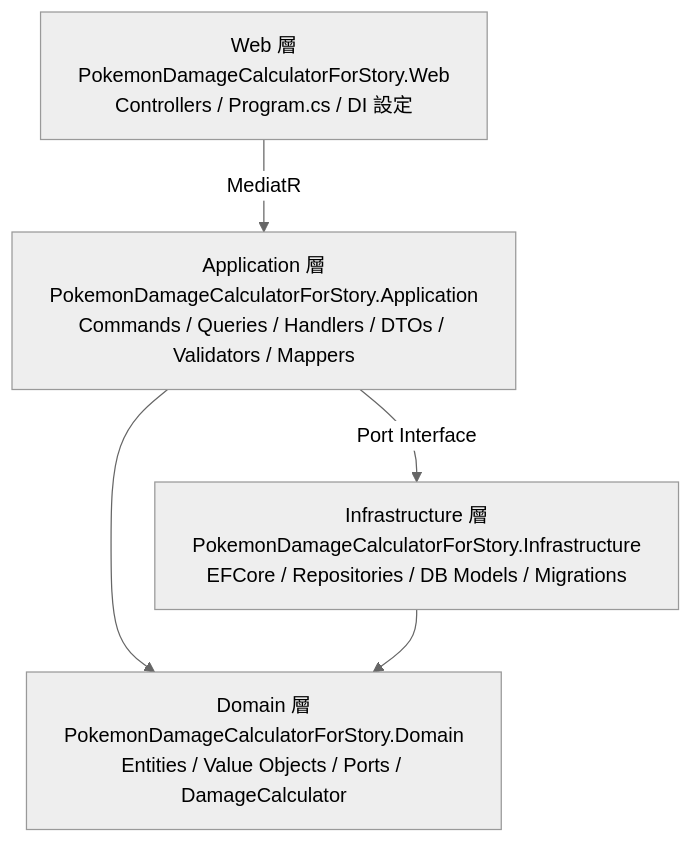
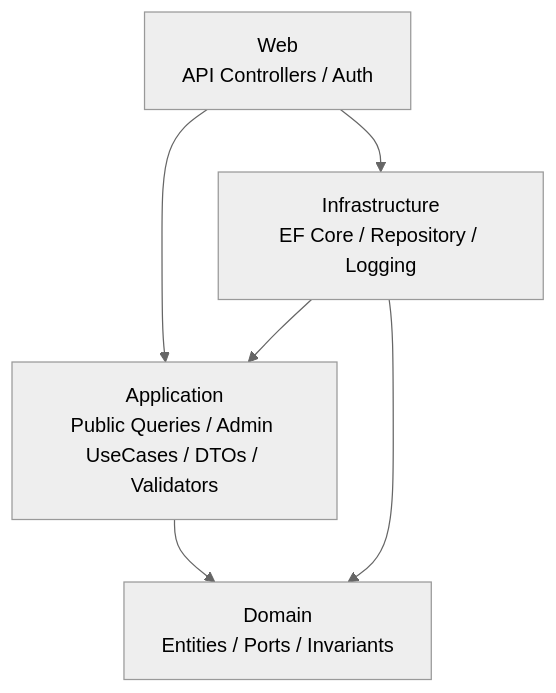
The first of 3 diagrams in docs/design/architecture-overview.md (p-o-ke-nae/pokemondamagecalculatorforstory), drawn with Mermaid (neutral theme) before and after one commit. The commit also changed other lines of this file and 53 other files, not shown here.

````diff
--- a/docs/design/architecture-overview.md
+++ b/docs/design/architecture-overview.md
@@ -32,12 +31,13 @@
 ```mermaid
 graph TD
-    Web["Web 層<br/>PokemonDamageCalculatorForStory.Web<br/>Controllers / Program.cs / DI 設定"]
-    App["Application 層<br/>PokemonDamageCalculatorForStory.Application<br/>Commands / Queries / Handlers / DTOs / Validators / Mappers"]
-    Infra["Infrastructure 層<br/>PokemonDamageCalculatorForStory.Infrastructure<br/>EFCore / Repositories / DB Models / Migrations"]
-    Domain["Domain 層<br/>PokemonDamageCalculatorForStory.Domain<br/>Entities / Value Objects / Ports / DamageCalculator"]
+    Web["Web<br/>API Controllers / Auth"]
+    App["Application<br/>Public Queries / Admin UseCases / DTOs / Validators"]
+    Infra["Infrastructure<br/>EF Core / Repository / Logging"]
+    Domain["Domain<br/>Entities / Ports / Invariants"]
 
-    Web -->|MediatR| App
-    App -->|Port Interface| Infra
+    Web --> App
+    Web --> Infra
     App --> Domain
+    Infra --> App
     Infra --> Domain
 ```
````
